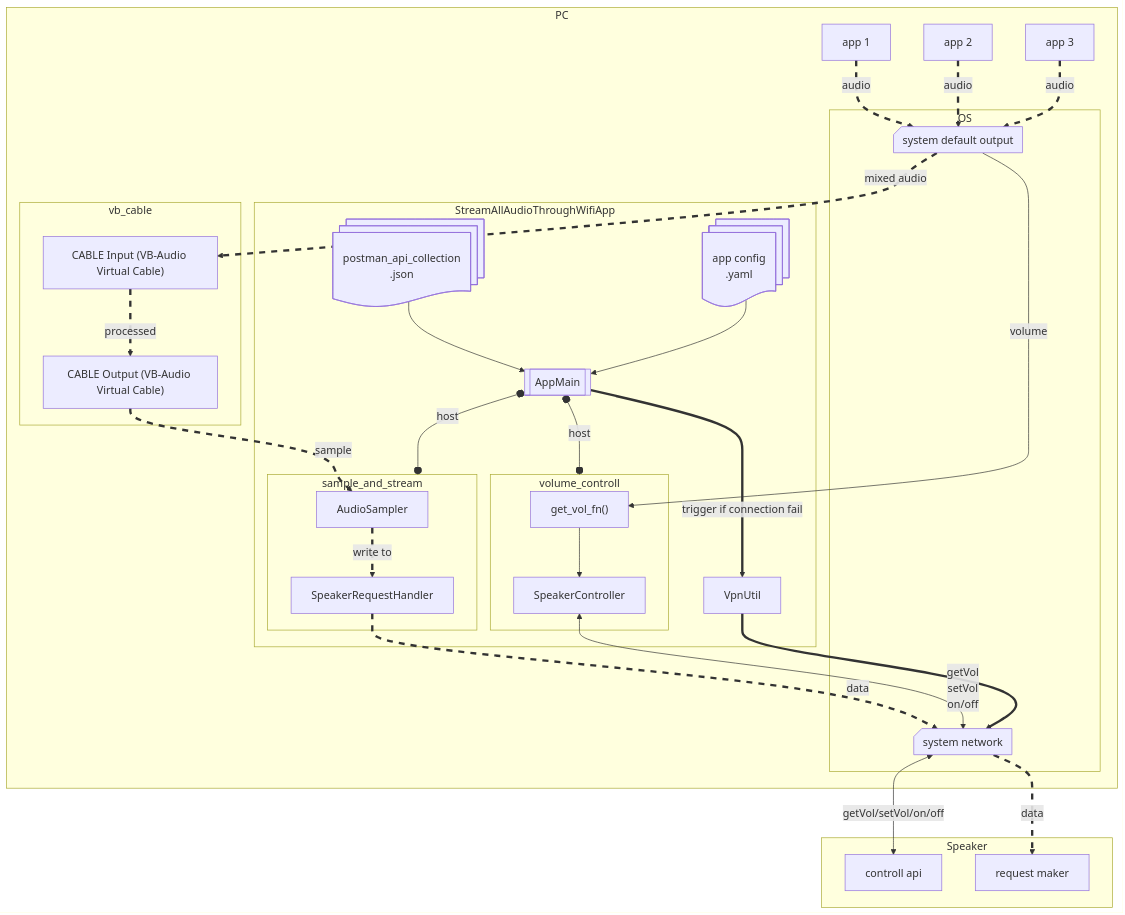
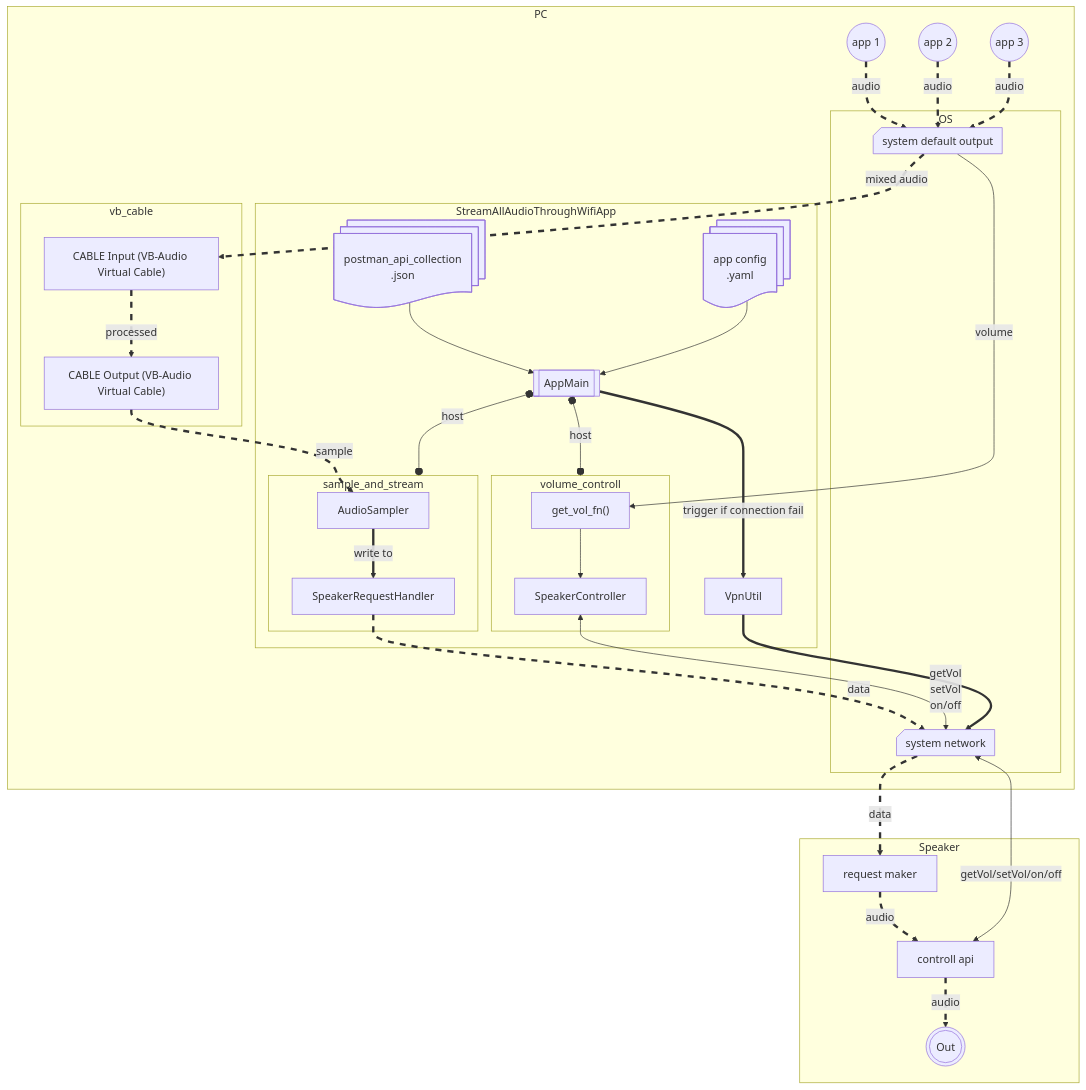
The diagram in README.md (LinChengHao3606307/StreamAllAudioThroughWifi), drawn with Mermaid before and after one commit.

Commit message:
refine flowchart

````diff
--- a/README.md
+++ b/README.md
@@ -88,66 +88,67 @@
 ```mermaid
 
 flowchart TB
     subgraph PC
-        app1[app 1]
-        app2[app 2]
-        app3[app 3]
+        app1@{ shape: circle, label: "app 1" }
+        app2@{ shape: circle, label: "app 2" }
+        app3@{ shape: circle, label: "app 3" }
         subgraph OS
             sys_default_op@{ shape: notch-rect, label: "system default output" }
             sys_network@{ shape: notch-rect, label: "system network" }
-
         end
         subgraph vb_cable
             vb_in["CABLE Input (VB-Audio Virtual Cable)"]
             vb_out["CABLE Output (VB-Audio Virtual Cable)"]
 
-            vb_in e4@=="processed"==> vb_out
+            vb_in e2@=="processed"==> vb_out
         end
         subgraph StreamAllAudioThroughWifiApp
-
             Main@{ shape: subproc, label: "AppMain" }
             subgraph sample_and_stream
                 AudioSampler["AudioSampler"]
                 SpeakerRequestHandler["SpeakerRequestHandler"]
 
-                AudioSampler e5@=="write to"==> SpeakerRequestHandler
+                AudioSampler e2@=="write to"==> SpeakerRequestHandler
             end
             subgraph volume_controll
                 get_vol_fn["get_vol_fn()"]
                 SpeakerController["SpeakerController"]
 
                 get_vol_fn --> SpeakerController
             end
             VpnUtil["VpnUtil"]
             p_api_collection@{ shape: docs, label: "postman_api_collection\n.json" }
             app_config@{ shape: docs, label: "app config\n.yaml" }
 
             Main o--"host"--o sample_and_stream
             Main o--"host"--o volume_controll
             Main =="trigger if connection fail"==> VpnUtil
             p_api_collection --> Main
-            %%SpeakerController
             app_config --> Main
         end
     end
     subgraph Speaker
+        request_maker["request maker"]
         controll_api["controll api"]
-        request_maker["request maker"]
+        Out@{ shape: dbl-circ, label: "Out" }
+
+        request_maker e3@=="audio"==> controll_api
+        controll_api e4@=="audio"==> Out
     end
-
-    app1 e1@=="audio"==> sys_default_op
-    app2 e2@=="audio"==> sys_default_op
-    app3 e3@=="audio"==> sys_default_op
+    
+    app1 e5@=="audio"==> sys_default_op
+    app2 e6@=="audio"==> sys_default_op
+    app3 e7@=="audio"==> sys_default_op
     sys_default_op --volume--> get_vol_fn
     sys_default_op e8@=="mixed audio"==> vb_in
     vb_out e9@=="sample"==> AudioSampler
-    SpeakerRequestHandler e6@=="data"==> sys_network
-    sys_network e7@=="data"==> request_maker 
+    SpeakerRequestHandler e10@=="data"==> sys_network
+    sys_network e11@=="data"==> request_maker 
     SpeakerController <--"getVol\nsetVol\non/off"--> sys_network
     sys_network <--"getVol/setVol/on/off"--> controll_api
     VpnUtil ==> sys_network
 
     classDef animate stroke-dasharray: 9,5,stroke-dashoffset: 900,animation: dash 25s linear infinite;
     class e1,e2,e3,e4,e5,e6,e7,e8,e9,e10,e11 animate
 
 ```
````
